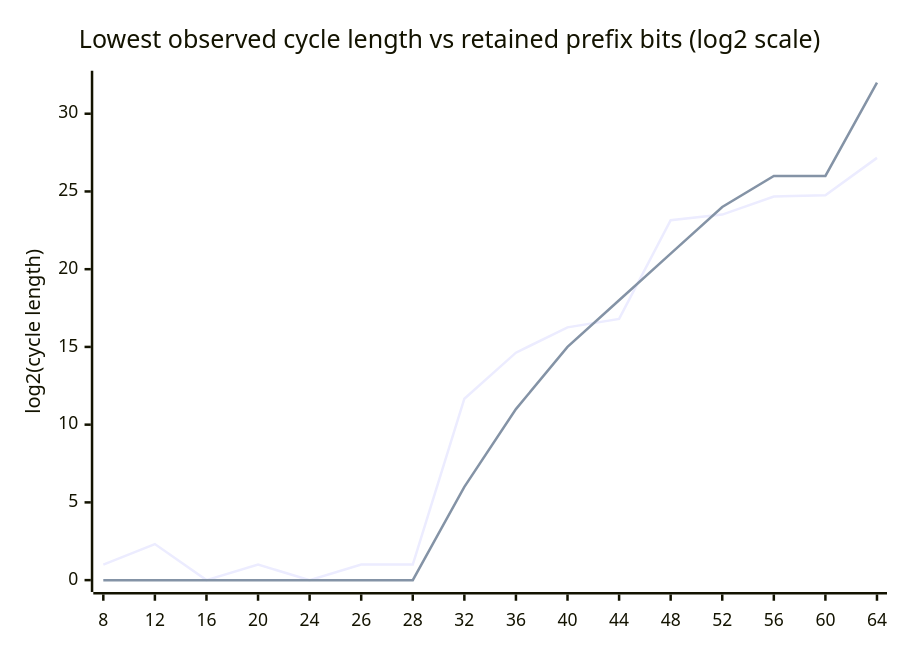
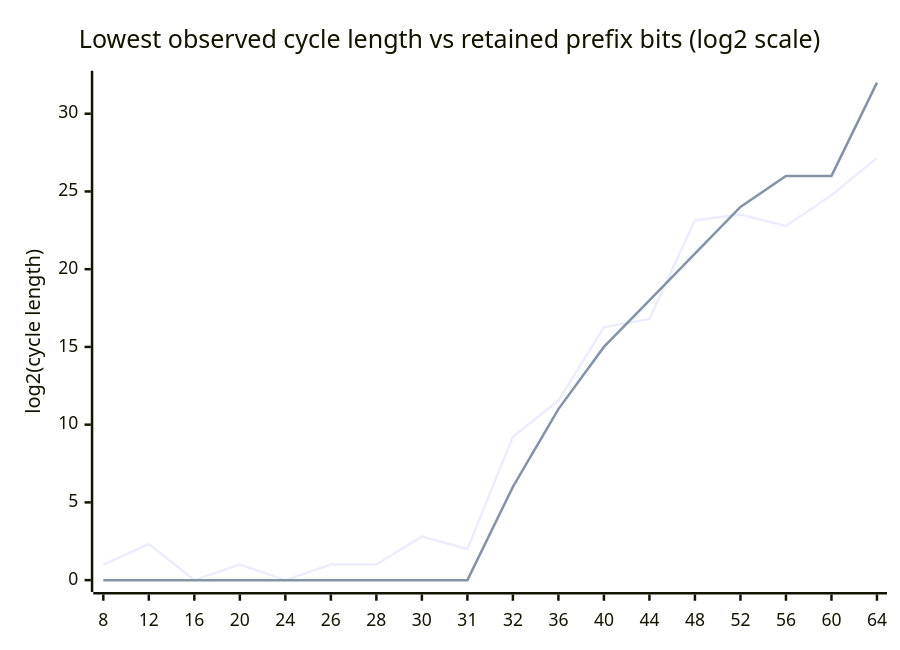
One commit to gesslerpd/hash-loop changed the diagram in README.md. Above: the diagram before and after it, drawn with Mermaid. The commit also changed other lines of this file and 2 other files, not shown here.

````diff
--- a/README.md
+++ b/README.md
@@ -75,8 +80,8 @@
 ```mermaid
 xychart-beta
     title "Lowest observed cycle length vs retained prefix bits (log2 scale)"
-    x-axis [8, 12, 16, 20, 24, 26, 28, 32, 36, 40, 44, 48, 52, 56, 60, 64]
+    x-axis [8, 12, 16, 20, 24, 26, 28, 30, 31, 32, 36, 40, 44, 48, 52, 56, 60, 64]
     y-axis "log2(cycle length)" 0 --> 32
-    line [1.00, 2.32, 0.00, 1.00, 0.00, 1.00, 1.00, 11.67, 14.63, 16.26, 16.80, 23.15, 23.51, 24.67, 24.76, 27.16]
-    line [0, 0, 0, 0, 0, 0, 0, 6, 11, 15, 18, 21, 24, 26, 26, 32]
+    line [1.00, 2.32, 0.00, 1.00, 0.00, 1.00, 1.00, 2.81, 2.00, 9.22, 11.55, 16.26, 16.80, 23.15, 23.51, 22.78, 24.76, 27.16]
+    line [0, 0, 0, 0, 0, 0, 0, 0, 0, 6, 11, 15, 18, 21, 24, 26, 26, 32]
 ```
````
